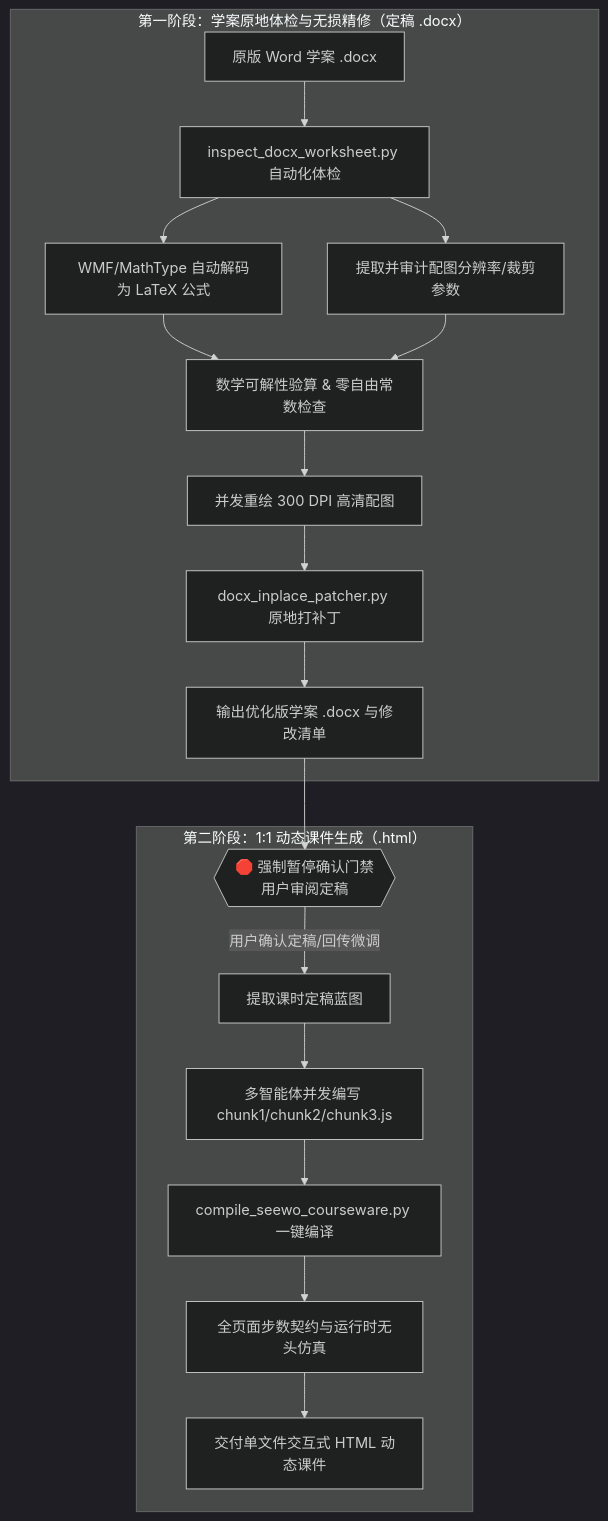
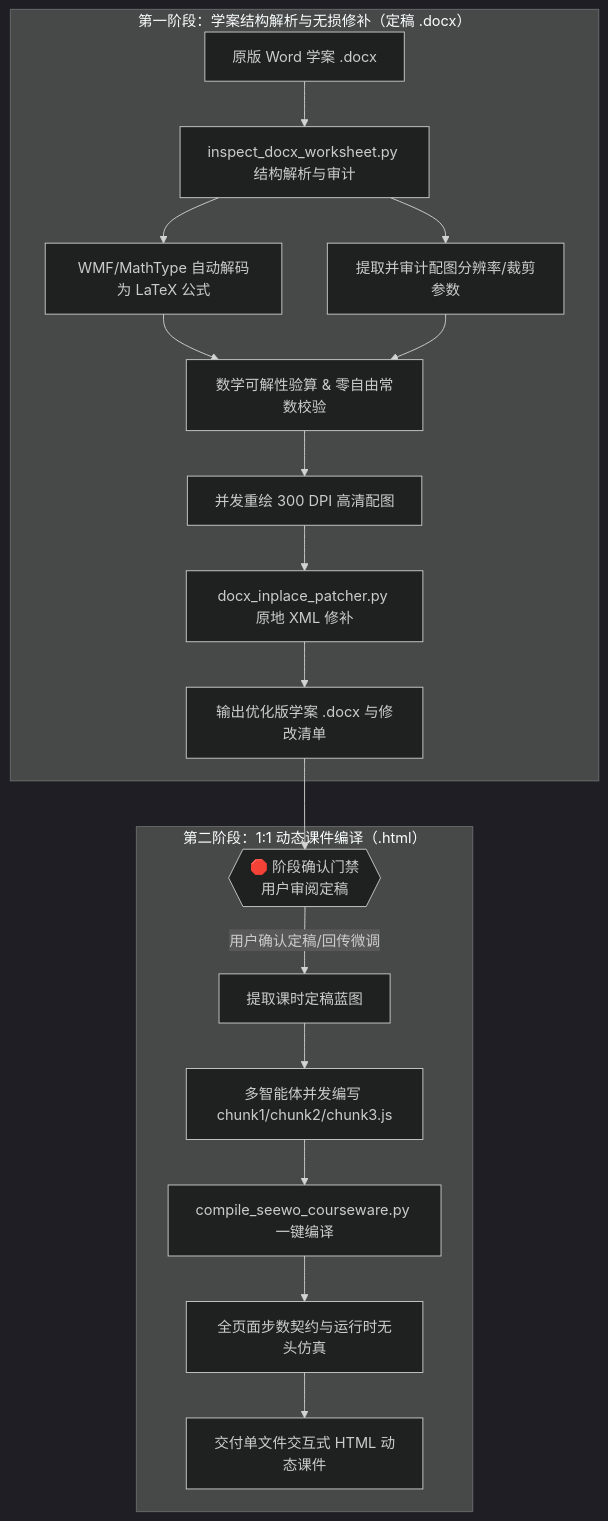
Before and after one commit to HaoranXIONG-edu/math-interactive-courseware: the diagram in README.md, drawn with Mermaid (dark theme). The commit also changed other lines of this file and 27 other files, not shown here.

````diff
--- a/README.md
+++ b/README.md
@@ -28,22 +28,22 @@
 ```mermaid
 flowchart TD
-  subgraph Stage1["第一阶段：学案原地体检与无损精修（定稿 .docx）"]
-    A[原版 Word 学案 .docx] --> B[inspect_docx_worksheet.py 自动化体检]
+  subgraph Stage1["第一阶段：学案结构解析与无损修补（定稿 .docx）"]
+    A[原版 Word 学案 .docx] --> B[inspect_docx_worksheet.py 结构解析与审计]
     B --> C[WMF/MathType 自动解码为 LaTeX 公式]
     B --> D[提取并审计配图分辨率/裁剪参数]
-    C & D --> E[数学可解性验算 & 零自由常数检查]
+    C & D --> E[数学可解性验算 & 零自由常数校验]
     E --> F[并发重绘 300 DPI 高清配图]
-    F --> G[docx_inplace_patcher.py 原地打补丁]
+    F --> G[docx_inplace_patcher.py 原地 XML 修补]
     G --> H[输出优化版学案 .docx 与修改清单]
   end
 
-  H --> Gate{{"🛑 强制暂停确认门禁<br/>用户审阅定稿"}}
+  H --> Gate{{"🛑 阶段确认门禁<br/>用户审阅定稿"}}
 
-  subgraph Stage2["第二阶段：1:1 动态课件生成（.html）"]
+  subgraph Stage2["第二阶段：1:1 动态课件编译（.html）"]
     Gate -->|用户确认定稿/回传微调| I[提取课时定稿蓝图]
     I --> J[多智能体并发编写 chunk1/chunk2/chunk3.js]
     J --> K[compile_seewo_courseware.py 一键编译]
     K --> L[全页面步数契约与运行时无头仿真]
     L --> M[交付单文件交互式 HTML 动态课件]
   end
 ```
````
